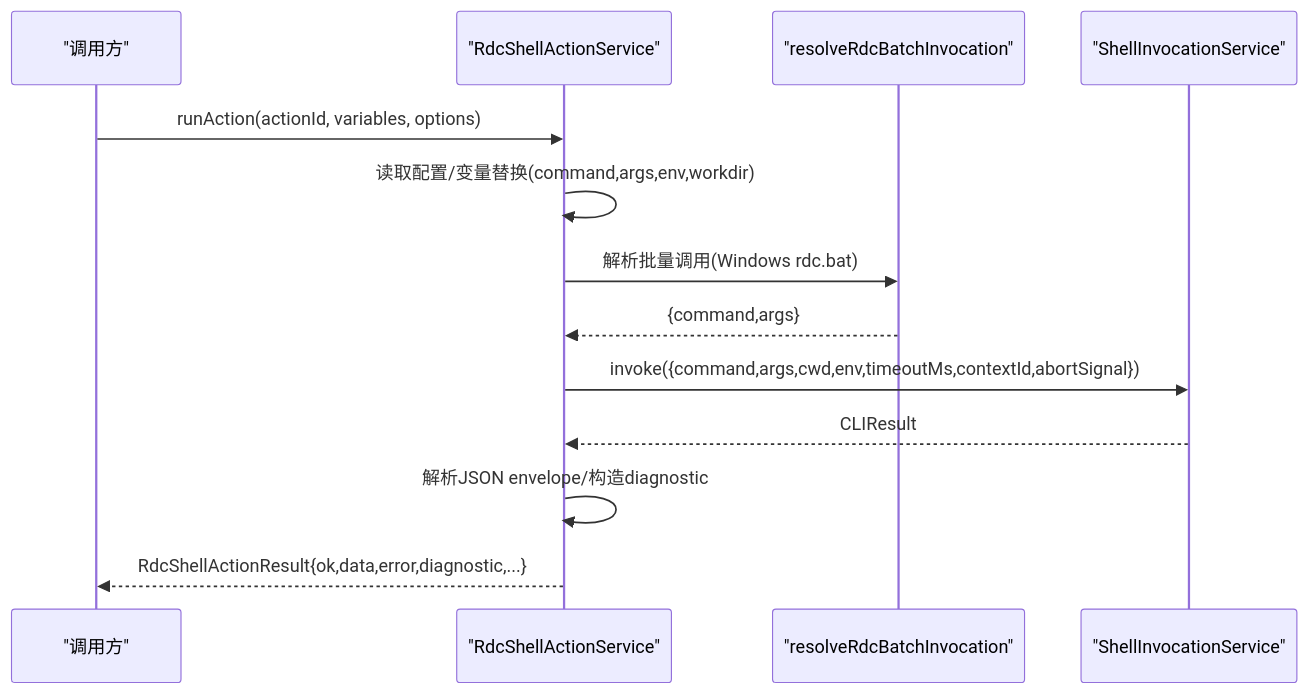
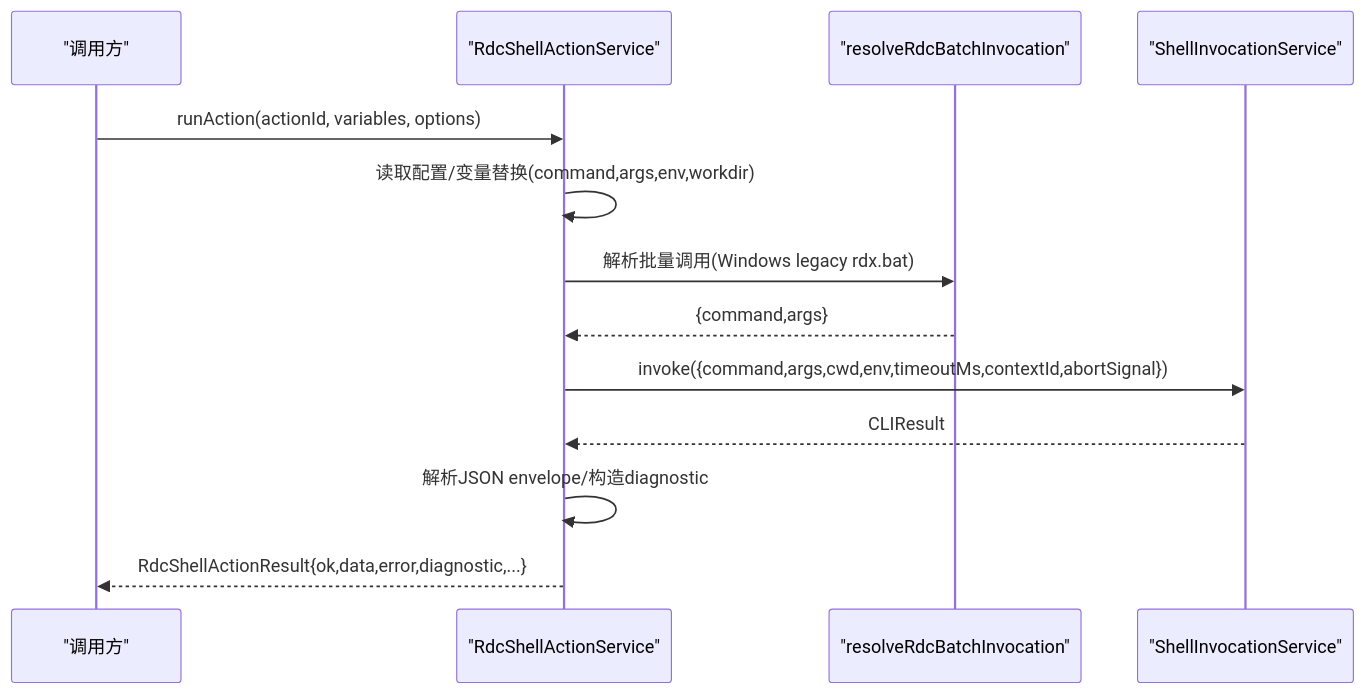
Before and after one commit to haolange/RDC-Agent: the fifth of 6 diagrams in .qoder/repowiki/zh/content/核心模块/工具系统/Shell 执行服务.md, drawn with Mermaid. The commit also changed other lines of this file and 18 other files, not shown here.

````diff
--- a/.qoder/repowiki/zh/content/核心模块/工具系统/Shell 执行服务.md
+++ b/.qoder/repowiki/zh/content/核心模块/工具系统/Shell 执行服务.md
@@ -193,15 +193,15 @@
 ```mermaid
 sequenceDiagram
 participant Caller as "调用方"
 participant Action as "RdcShellActionService"
 participant Resolve as "resolveRdcBatchInvocation"
 participant Svc as "ShellInvocationService"
 Caller->>Action : runAction(actionId, variables, options)
 Action->>Action : 读取配置/变量替换(command,args,env,workdir)
-Action->>Resolve : 解析批量调用(Windows rdc.bat)
+Action->>Resolve : 解析批量调用(Windows legacy rdx.bat)
 Resolve-->>Action : {command,args}
 Action->>Svc : invoke({command,args,cwd,env,timeoutMs,contextId,abortSignal})
 Svc-->>Action : CLIResult
 Action->>Action : 解析JSON envelope/构造diagnostic
 Action-->>Caller : RdcShellActionResult{ok,data,error,diagnostic,...}
 ```
````
